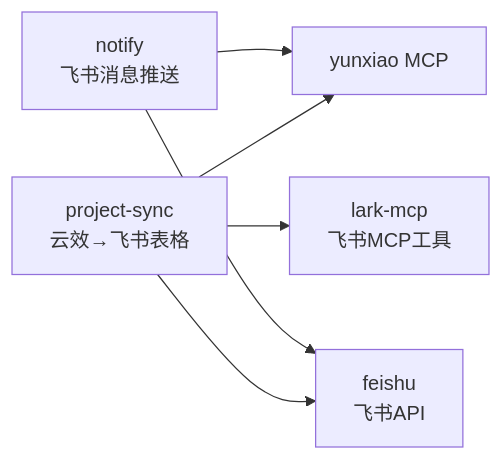
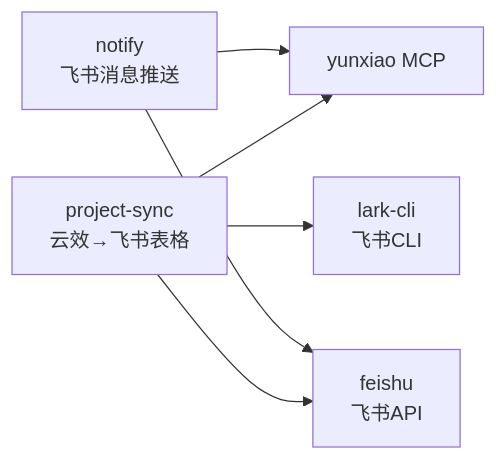
One commit to Mixiaomiupup/claude-skills changed the second of 4 diagrams in ARCHITECTURE.md. Above: the diagram before and after it, drawn with Mermaid. The commit also changed other lines of this file and 44 other files, not shown here.

First line of the commit message:
feat: add obsidian CLI support, new skills (cs2-update, lark-*, notify, project-sync)

````diff
--- a/ARCHITECTURE.md
+++ b/ARCHITECTURE.md
@@ -44,9 +44,9 @@
 ```mermaid
 graph LR
     project-sync[project-sync<br/>云效→飞书表格] --> yunxiao-mcp[yunxiao MCP]
     project-sync --> feishu[feishu<br/>飞书API]
-    project-sync --> lark-mcp[lark-mcp<br/>飞书MCP工具]
+    project-sync --> lark-cli[lark-cli<br/>飞书CLI]
 
     notify[notify<br/>飞书消息推送] --> yunxiao-mcp
     notify --> feishu
 ```
````
